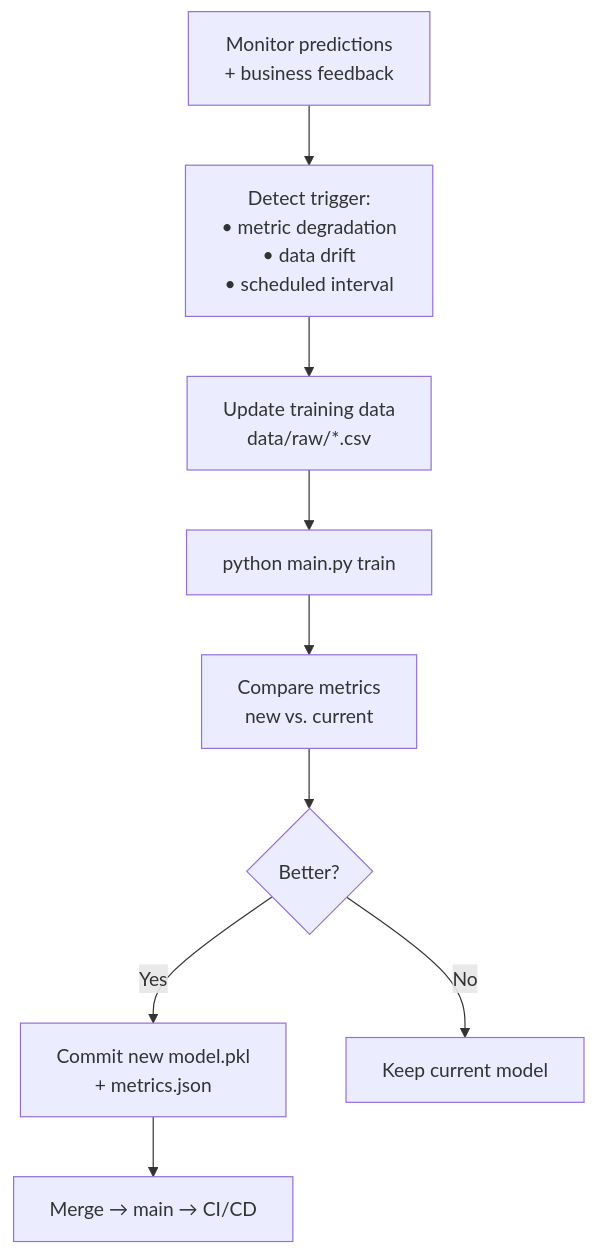
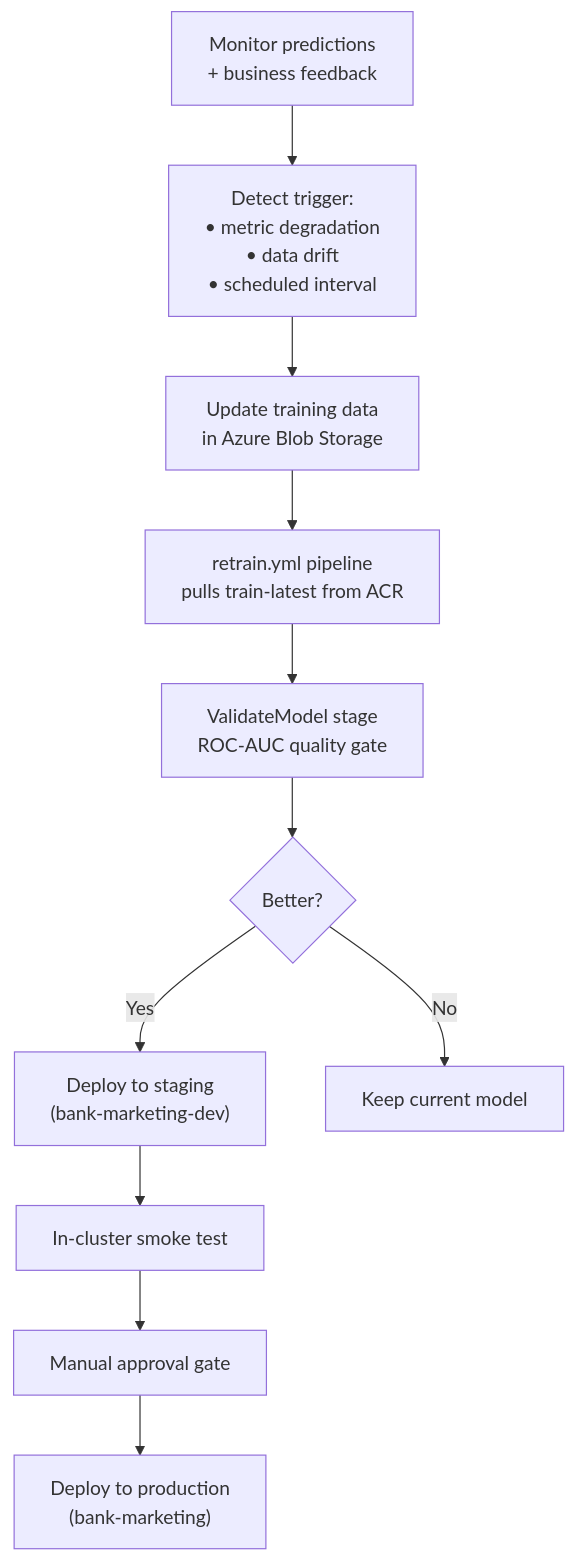
One commit to Annemarie-Bester/marketing-model-mlops-azure changed the fourth of 4 diagrams in docs/mlops-lifecycle.md. Above: the diagram before and after it, drawn with Mermaid. The commit also changed other lines of this file and 8 other files, not shown here.

````diff
--- a/docs/mlops-lifecycle.md
+++ b/docs/mlops-lifecycle.md
@@ -168,16 +168,18 @@
 ```mermaid
 flowchart TD
     MONITOR["Monitor predictions<br/>+ business feedback"]
     DETECT["Detect trigger:<br/>• metric degradation<br/>• data drift<br/>• scheduled interval"]
-    UPDATE["Update training data<br/>data/raw/*.csv"]
-    RETRAIN["python main.py train"]
-    COMPARE["Compare metrics<br/>new vs. current"]
+    UPDATE["Update training data<br/>in Azure Blob Storage"]
+    RETRAIN["retrain.yml pipeline<br/>pulls train-latest from ACR"]
+    COMPARE["ValidateModel stage<br/>ROC-AUC quality gate"]
     DECISION{Better?}
-    COMMIT["Commit new model.pkl<br/>+ metrics.json"]
-    DEPLOY["Merge → main → CI/CD"]
+    STAGING["Deploy to staging<br/>(bank-marketing-dev)"]
+    SMOKE["In-cluster smoke test"]
+    APPROVE["Manual approval gate"]
+    DEPLOY["Deploy to production<br/>(bank-marketing)"]
     KEEP["Keep current model"]
 
     MONITOR --> DETECT --> UPDATE --> RETRAIN --> COMPARE --> DECISION
-    DECISION -->|"Yes"| COMMIT --> DEPLOY
+    DECISION -->|"Yes"| STAGING --> SMOKE --> APPROVE --> DEPLOY
     DECISION -->|"No"| KEEP
 ```
````
